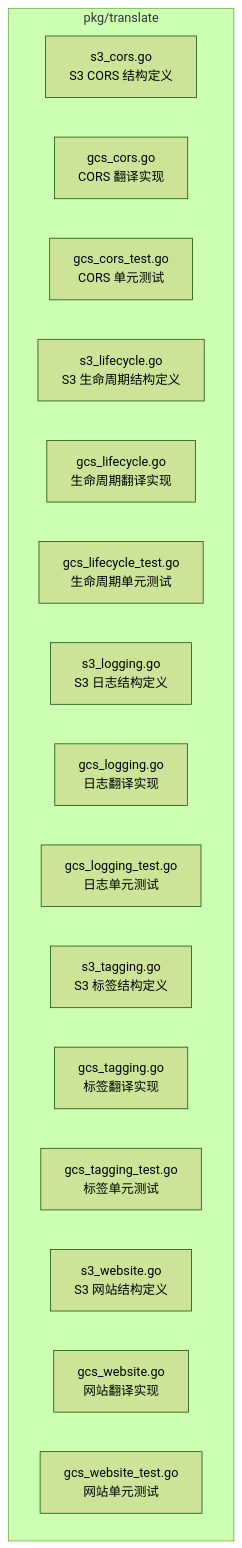
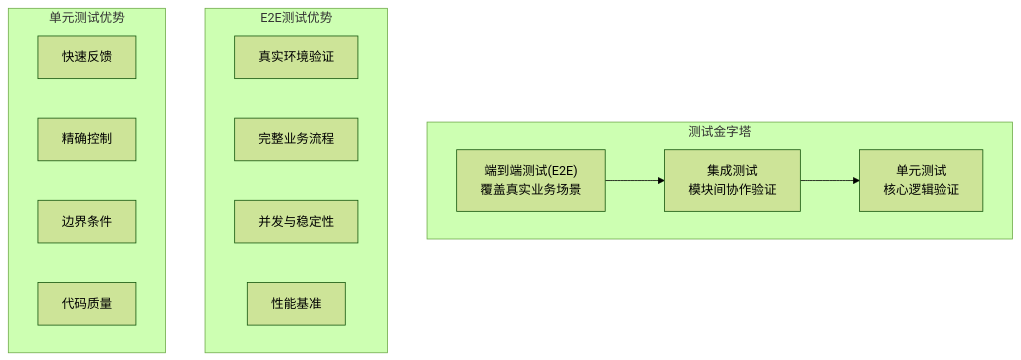
Before and after one commit to flying1574/S3Proxy4GCS: the first of 4 diagrams in .qoder/repowiki/zh/content/测试策略/单元测试.md, drawn with Mermaid (forest theme). The commit also changed other lines of this file and 6 other files, not shown here.

````diff
--- a/.qoder/repowiki/zh/content/测试策略/单元测试.md
+++ b/.qoder/repowiki/zh/content/测试策略/单元测试.md
@@ -45,20 +58,22 @@
 ```mermaid
 graph TB
-subgraph "pkg/translate"
-A["s3_cors.go<br/>S3 CORS 结构定义"]
-B["gcs_cors.go<br/>CORS 翻译实现"]
-C["gcs_cors_test.go<br/>CORS 单元测试"]
-D["s3_lifecycle.go<br/>S3 生命周期结构定义"]
-E["gcs_lifecycle.go<br/>生命周期翻译实现"]
-F["gcs_lifecycle_test.go<br/>生命周期单元测试"]
-G["s3_logging.go<br/>S3 日志结构定义"]
-H["gcs_logging.go<br/>日志翻译实现"]
-I["gcs_logging_test.go<br/>日志单元测试"]
-J["s3_tagging.go<br/>S3 标签结构定义"]
-K["gcs_tagging.go<br/>标签翻译实现"]
-L["gcs_tagging_test.go<br/>标签单元测试"]
-M["s3_website.go<br/>S3 网站结构定义"]
-N["gcs_website.go<br/>网站翻译实现"]
-O["gcs_website_test.go<br/>网站单元测试"]
+subgraph "测试金字塔"
+A["端到端测试(E2E)<br/>覆盖真实业务场景"]
+B["集成测试<br/>模块间协作验证"]
+C["单元测试<br/>核心逻辑验证"]
+A --> B
+B --> C
+end
+subgraph "E2E测试优势"
+D["真实环境验证"]
+E["完整业务流程"]
+F["并发与稳定性"]
+G["性能基准"]
+end
+subgraph "单元测试优势"
+H["快速反馈"]
+I["精确控制"]
+J["边界条件"]
+K["代码质量"]
 end
 ```
````
